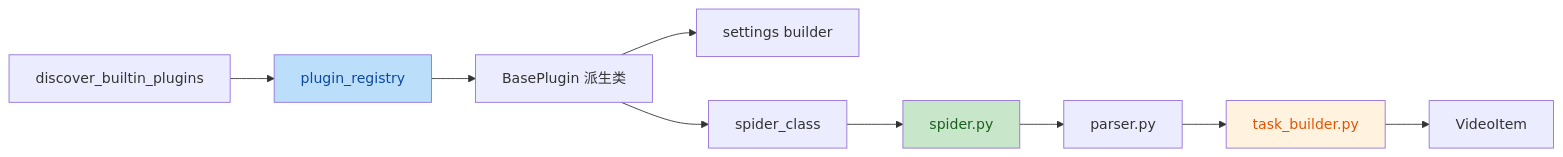
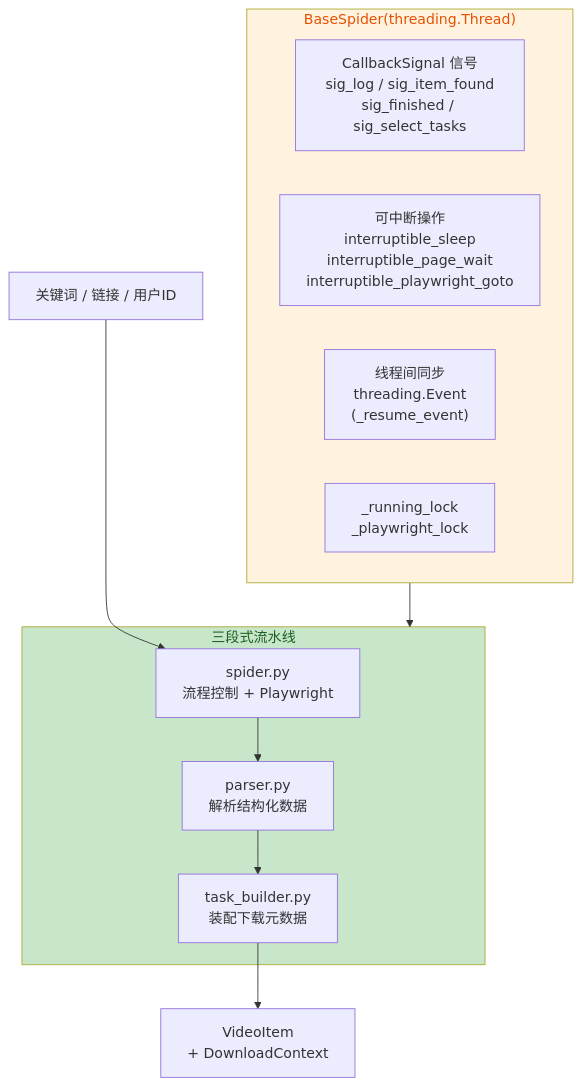
Before and after one commit to haohaizi554/UniversalCrawler: the third of 5 diagrams in mermaid/04-plugin-and-spider-pipeline.md, drawn with Mermaid. The commit also changed other lines of this file and 78 other files, not shown here.

Commit message:
Sync local workspace: packaging adaptation, frontend hardening, and architecture review.

````diff
--- a/mermaid/04-plugin-and-spider-pipeline.md
+++ b/mermaid/04-plugin-and-spider-pipeline.md
@@ -5,15 +103,23 @@
 ```mermaid
-flowchart LR
-    Discover[discover_builtin_plugins] --> Registry[plugin_registry]
-    Registry --> PluginDef[BasePlugin 派生类]
-    PluginDef --> Settings[settings builder]
-    PluginDef --> SpiderCls[spider_class]
-    SpiderCls --> Spider[spider.py]
-    Spider --> Parser[parser.py]
-    Parser --> Builder[task_builder.py]
-    Builder --> Item[VideoItem]
+flowchart TB
+    Input["关键词 / 链接 / 用户ID"] --> Spider["spider.py<br/>流程控制 + Playwright"]
 
-    style Registry fill:#bbdefb,color:#0d47a1
-    style Spider fill:#c8e6c9,color:#1a5e20
-    style Builder fill:#fff3e0,color:#e65100
+    subgraph ThreeStage["三段式流水线"]
+        Spider --> Parser["parser.py<br/>解析结构化数据"]
+        Parser --> Builder["task_builder.py<br/>装配下载元数据"]
+    end
+
+    Builder --> Item["VideoItem<br/>+ DownloadContext"]
+
+    subgraph BaseSpider["BaseSpider(threading.Thread)"]
+        Signals["CallbackSignal 信号<br/>sig_log / sig_item_found<br/>sig_finished / sig_select_tasks"]
+        Interrupt["可中断操作<br/>interruptible_sleep<br/>interruptible_page_wait<br/>interruptible_playwright_goto"]
+        Sync["线程间同步<br/>threading.Event<br/>(_resume_event)"]
+        Lock["_running_lock<br/>_playwright_lock"]
+    end
+
+    BaseSpider --> ThreeStage
+
+    style ThreeStage fill:#c8e6c9,color:#1a5e20
+    style BaseSpider fill:#fff3e0,color:#e65100
 ```
````
